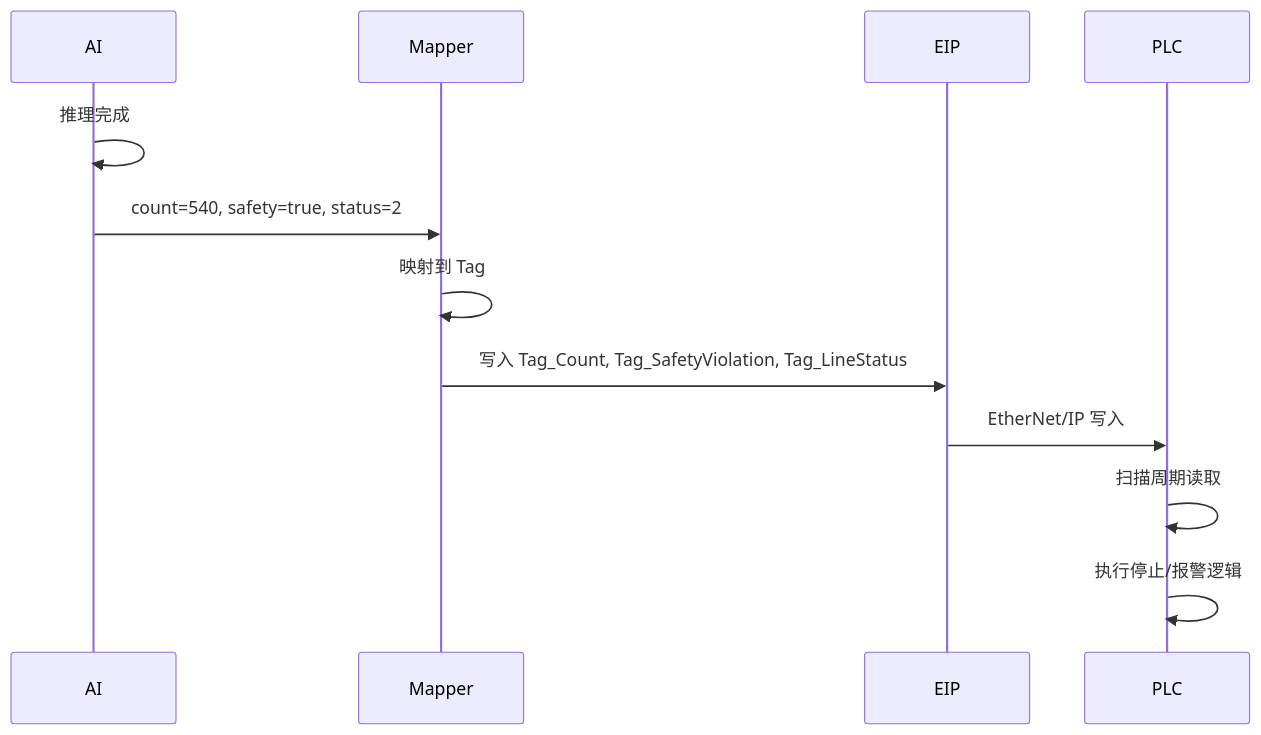
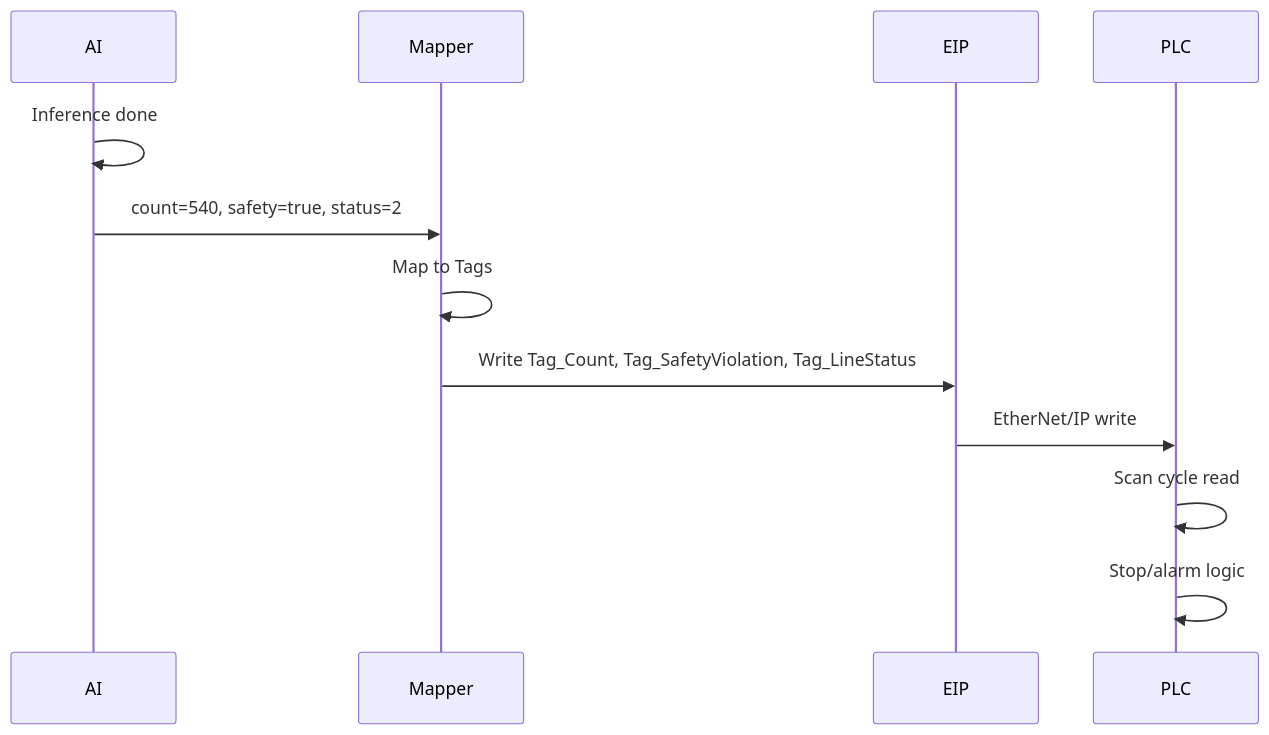
One commit to JeffRen1977/smartCamera changed the second of 2 diagrams in docs/architecture/06_plc_layer.md. Above: the diagram before and after it, drawn with Mermaid. The commit also changed other lines of this file and 36 other files, not shown here.

````diff
--- a/docs/architecture/06_plc_layer.md
+++ b/docs/architecture/06_plc_layer.md
@@ -112,15 +110,15 @@
 ```mermaid
 sequenceDiagram
     participant AI
     participant Mapper
     participant EIP
     participant PLC
 
-    AI->>AI: 推理完成
+    AI->>AI: Inference done
     AI->>Mapper: count=540, safety=true, status=2
-    Mapper->>Mapper: 映射到 Tag
-    Mapper->>EIP: 写入 Tag_Count, Tag_SafetyViolation, Tag_LineStatus
-    EIP->>PLC: EtherNet/IP 写入
-    PLC->>PLC: 扫描周期读取
-    PLC->>PLC: 执行停止/报警逻辑
+    Mapper->>Mapper: Map to Tags
+    Mapper->>EIP: Write Tag_Count, Tag_SafetyViolation, Tag_LineStatus
+    EIP->>PLC: EtherNet/IP write
+    PLC->>PLC: Scan cycle read
+    PLC->>PLC: Stop/alarm logic
 ```
````
